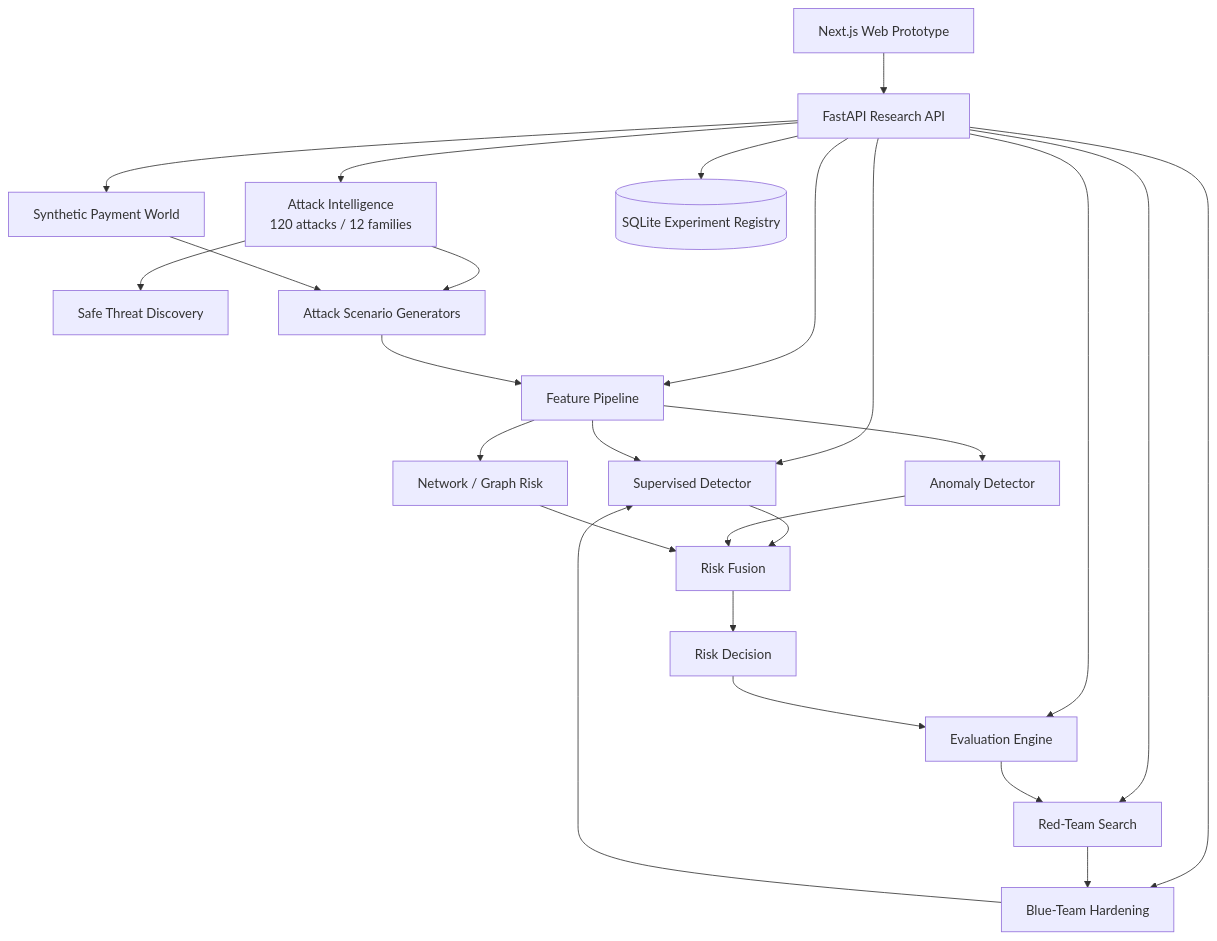
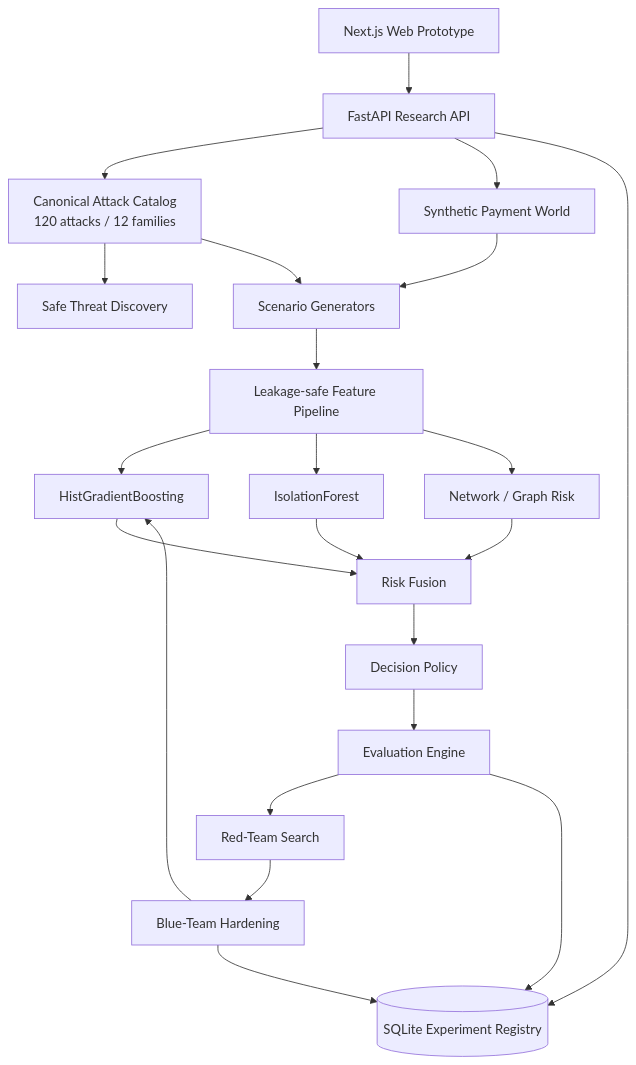
One commit to akashrajeev/MasterShield changed the diagram in README.md. Above: the diagram before and after it, drawn with Mermaid. The commit also changed other lines of this file, not shown here.

Commit message:
docs: align README with detector 4.3 and evaluation policy

````diff
--- a/README.md
+++ b/README.md
@@ -158,45 +54,41 @@
 ```mermaid
 flowchart TD
     UI[Next.js Web Prototype]
     API[FastAPI Research API]
-    CAT[Attack Intelligence\n120 attacks / 12 families]
+    CAT[Canonical Attack Catalog\n120 attacks / 12 families]
     DISC[Safe Threat Discovery]
     WORLD[Synthetic Payment World]
-    GEN[Attack Scenario Generators]
-    FEAT[Feature Pipeline]
-    MODEL[Supervised Detector]
-    ANOM[Anomaly Detector]
+    GEN[Scenario Generators]
+    FEAT[Leakage-safe Feature Pipeline]
+    MODEL[HistGradientBoosting]
+    ANOM[IsolationForest]
     GRAPH[Network / Graph Risk]
     FUSE[Risk Fusion]
-    DEC[Risk Decision]
+    DEC[Decision Policy]
     EVAL[Evaluation Engine]
     ADV[Red-Team Search]
     HARD[Blue-Team Hardening]
     DB[(SQLite Experiment Registry)]
 
     UI --> API
     API --> CAT
+    CAT --> DISC
+    CAT --> GEN
     API --> WORLD
-    API --> FEAT
-    API --> MODEL
-    API --> EVAL
-    API --> ADV
-    API --> HARD
-    API --> DB
-
-    CAT --> GEN
-    CAT --> DISC
     WORLD --> GEN
     GEN --> FEAT
     FEAT --> MODEL
     FEAT --> ANOM
     FEAT --> GRAPH
     MODEL --> FUSE
     ANOM --> FUSE
     GRAPH --> FUSE
     FUSE --> DEC
     DEC --> EVAL
     EVAL --> ADV
     ADV --> HARD
     HARD --> MODEL
+    API --> DB
+    EVAL --> DB
+    HARD --> DB
 ```
````
